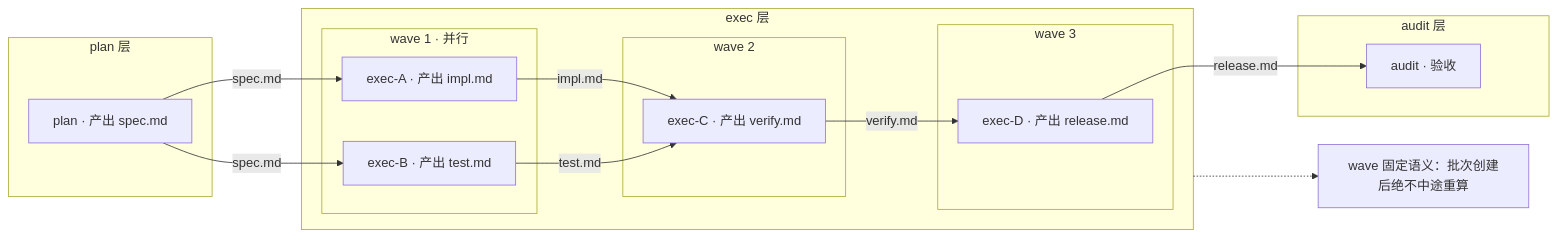
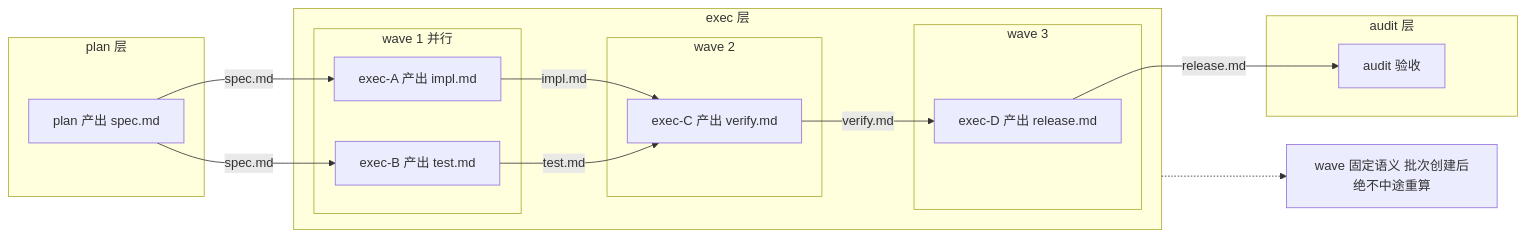
Before and after one commit to Punky971210/dsh-punky-swarm: the first of 3 diagrams in README.md, drawn with Mermaid. The commit also changed other lines of this file and 4 other files, not shown here.

Commit message:
docs: mermaid syntax compat fix, simplify why section

````diff
--- a/README.md
+++ b/README.md
@@ -48,29 +48,29 @@
 ```mermaid
 flowchart LR
-  subgraph PLAN["plan 层"]
-    P["plan · 产出 spec.md"]
+  subgraph PLAN[plan 层]
+    P["plan 产出 spec.md"]
   end
-  subgraph EXEC["exec 层"]
-    subgraph W1["wave 1 · 并行"]
-      A1["exec-A · 产出 impl.md"]
-      A2["exec-B · 产出 test.md"]
+  subgraph EXEC[exec 层]
+    subgraph W1[wave 1 并行]
+      A1["exec-A 产出 impl.md"]
+      A2["exec-B 产出 test.md"]
     end
-    subgraph W2["wave 2"]
-      A3["exec-C · 产出 verify.md"]
+    subgraph W2[wave 2]
+      A3["exec-C 产出 verify.md"]
     end
-    subgraph W3["wave 3"]
-      A4["exec-D · 产出 release.md"]
+    subgraph W3[wave 3]
+      A4["exec-D 产出 release.md"]
     end
   end
-  subgraph AUDIT["audit 层"]
-    AU["audit · 验收"]
+  subgraph AUDIT[audit 层]
+    AU["audit 验收"]
   end
   P -->|"spec.md"| A1
   P -->|"spec.md"| A2
   A1 -->|"impl.md"| A3
   A2 -->|"test.md"| A3
   A3 -->|"verify.md"| A4
   A4 -->|"release.md"| AU
-  NOTE["wave 固定语义：批次创建后绝不中途重算"]
+  NOTE["wave 固定语义 批次创建后绝不中途重算"]
   EXEC -.-> NOTE
 ```
````
